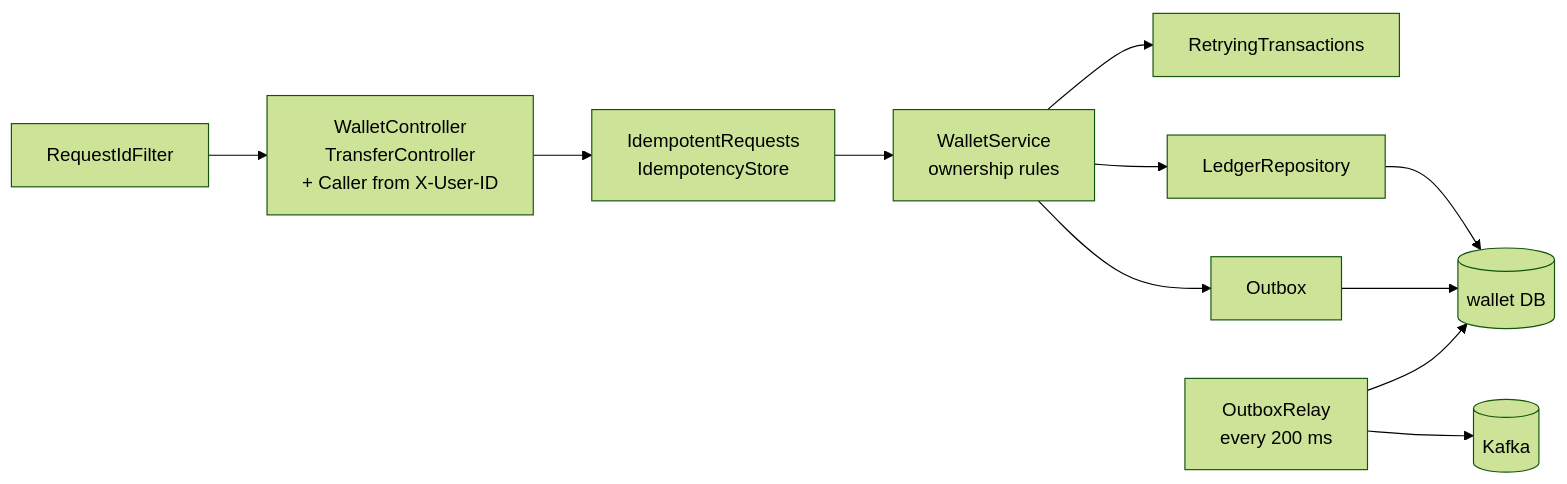
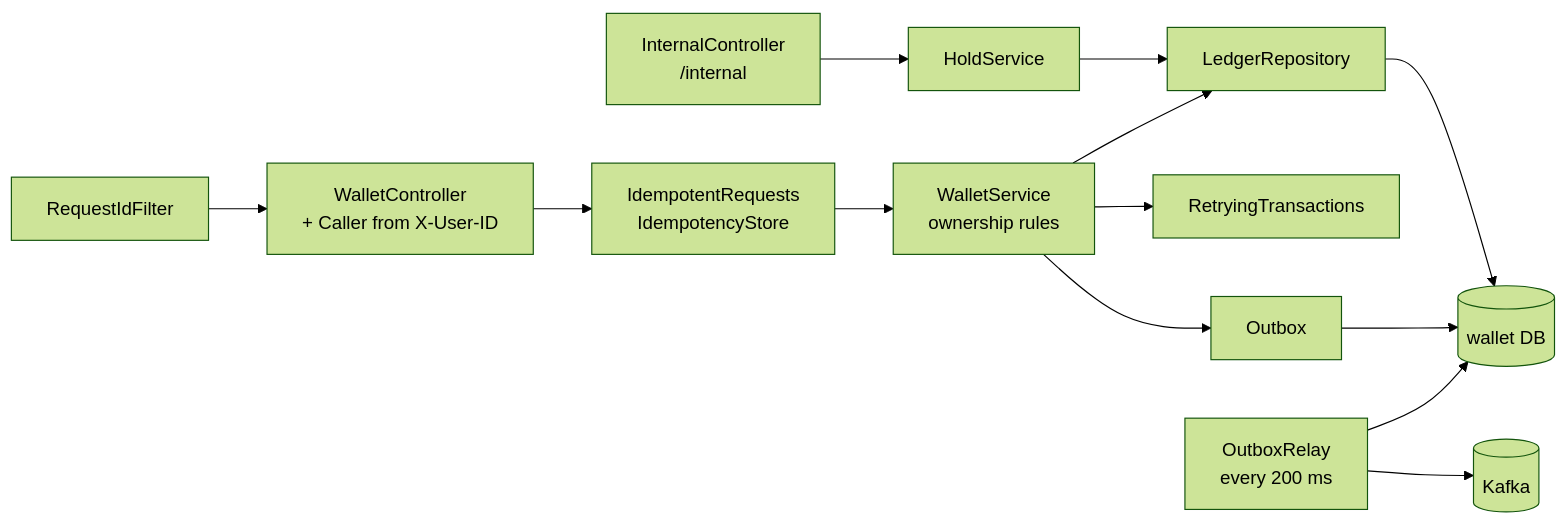
Before and after one commit to Aestheticsuraj234/payments-microservices-springboot: the second of 2 diagrams in docs/architecture.md, drawn with Mermaid (forest theme). The commit also changed other lines of this file and 57 other files, not shown here.

First line of the commit message:
feat(transfer): a transfer service running transfers as sagas over wallet holds

````diff
--- a/docs/architecture.md
+++ b/docs/architecture.md
@@ -29,11 +33,12 @@
 ```mermaid
 flowchart LR
-    f[RequestIdFilter] --> c[WalletController<br/>TransferController<br/>+ Caller from X-User-ID]
+    f[RequestIdFilter] --> c[WalletController<br/>+ Caller from X-User-ID]
+    ic[InternalController<br/>/internal] --> hs[HoldService] --> r
     c --> i[IdempotentRequests<br/>IdempotencyStore]
     i --> s[WalletService<br/>ownership rules]
     s --> rt[RetryingTransactions]
     s --> r[LedgerRepository] --> db[(wallet DB)]
     s --> o[Outbox] --> db
     relay[OutboxRelay<br/>every 200 ms] --> db
     relay --> k[(Kafka)]
 ```
````
